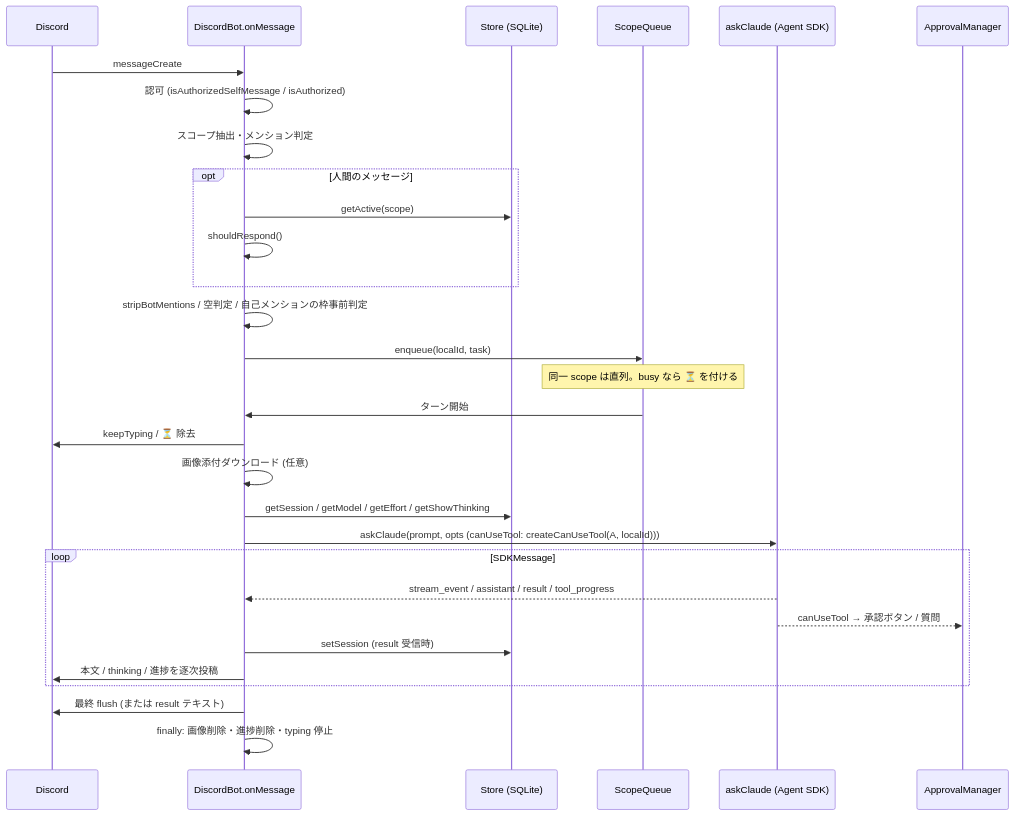
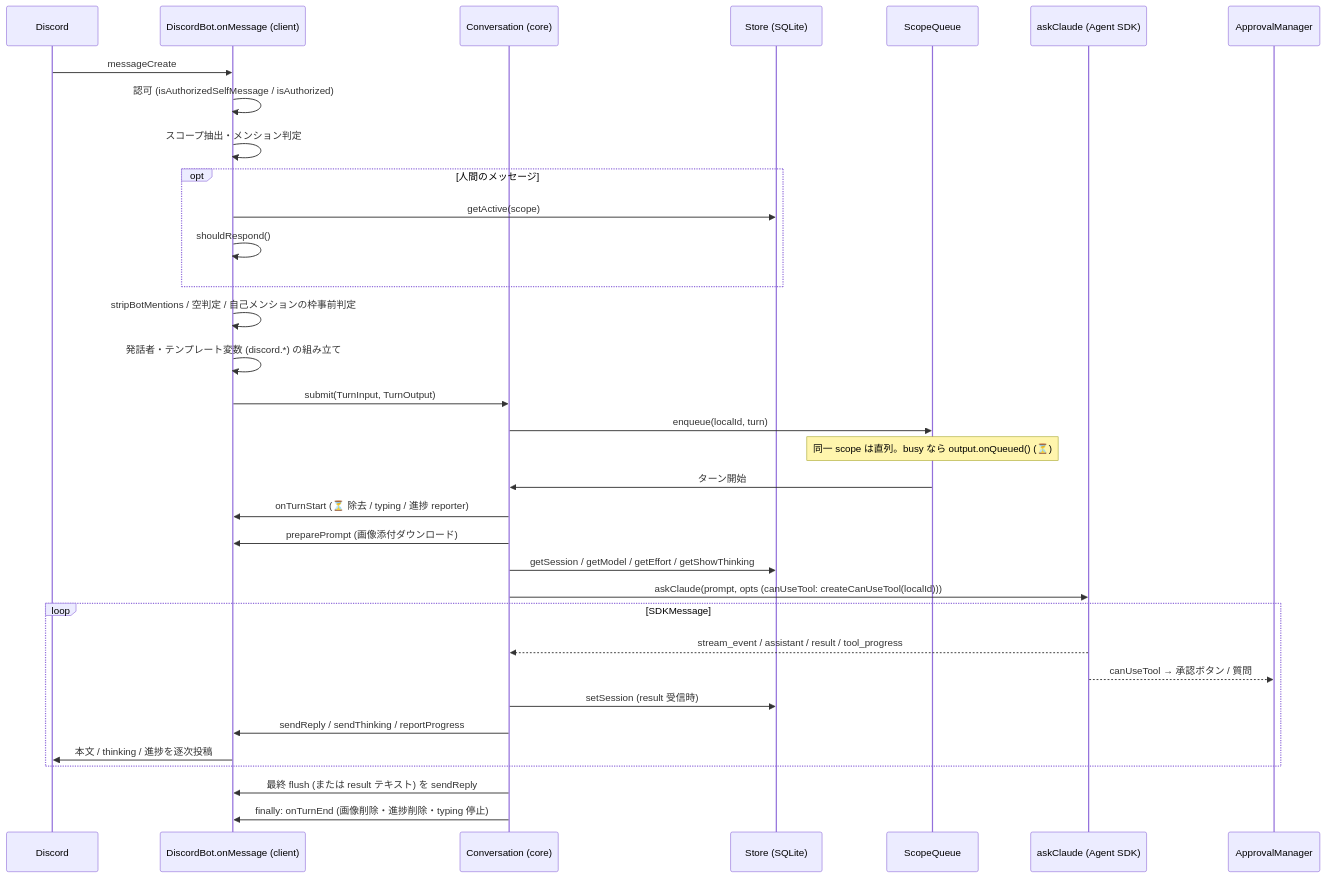
One commit to ansanloms/loms-claw changed the diagram in docs/architecture/message-flow.md. Above: the diagram before and after it, drawn with Mermaid. The commit also changed other lines of this file and 51 other files, not shown here.

First line of the commit message:
refactor: 会話の中核を Discord から分離し core/ と client/discord/ に分ける

````diff
--- a/docs/architecture/message-flow.md
+++ b/docs/architecture/message-flow.md
@@ -11,33 +38,37 @@
 ```mermaid
 sequenceDiagram
     participant D as Discord
-    participant B as DiscordBot.onMessage
+    participant B as DiscordBot.onMessage (client)
+    participant K as Conversation (core)
     participant S as Store (SQLite)
     participant Q as ScopeQueue
     participant C as askClaude (Agent SDK)
     participant A as ApprovalManager
 
     D->>B: messageCreate
     B->>B: 認可 (isAuthorizedSelfMessage / isAuthorized)
     B->>B: スコープ抽出・メンション判定
     opt 人間のメッセージ
         B->>S: getActive(scope)
         B->>B: shouldRespond()
     end
     B->>B: stripBotMentions / 空判定 / 自己メンションの枠事前判定
-    B->>Q: enqueue(localId, task)
-    Note over Q: 同一 scope は直列。busy なら ⏳ を付ける
-    Q->>B: ターン開始
-    B->>D: keepTyping / ⏳ 除去
-    B->>B: 画像添付ダウンロード (任意)
-    B->>S: getSession / getModel / getEffort / getShowThinking
-    B->>C: askClaude(prompt, opts (canUseTool: createCanUseTool(A, localId)))
+    B->>B: 発話者・テンプレート変数 (discord.*) の組み立て
+    B->>K: submit(TurnInput, TurnOutput)
+    K->>Q: enqueue(localId, turn)
+    Note over Q: 同一 scope は直列。busy なら output.onQueued() (⏳)
+    Q->>K: ターン開始
+    K->>B: onTurnStart (⏳ 除去 / typing / 進捗 reporter)
+    K->>B: preparePrompt (画像添付ダウンロード)
+    K->>S: getSession / getModel / getEffort / getShowThinking
+    K->>C: askClaude(prompt, opts (canUseTool: createCanUseTool(localId)))
     loop SDKMessage
-        C-->>B: stream_event / assistant / result / tool_progress
+        C-->>K: stream_event / assistant / result / tool_progress
         C-->>A: canUseTool → 承認ボタン / 質問
-        B->>S: setSession (result 受信時)
+        K->>S: setSession (result 受信時)
+        K->>B: sendReply / sendThinking / reportProgress
         B->>D: 本文 / thinking / 進捗を逐次投稿
     end
-    B->>D: 最終 flush (または result テキスト)
-    B->>B: finally: 画像削除・進捗削除・typing 停止
+    K->>B: 最終 flush (または result テキスト) を sendReply
+    K->>B: finally: onTurnEnd (画像削除・進捗削除・typing 停止)
 ```
````
